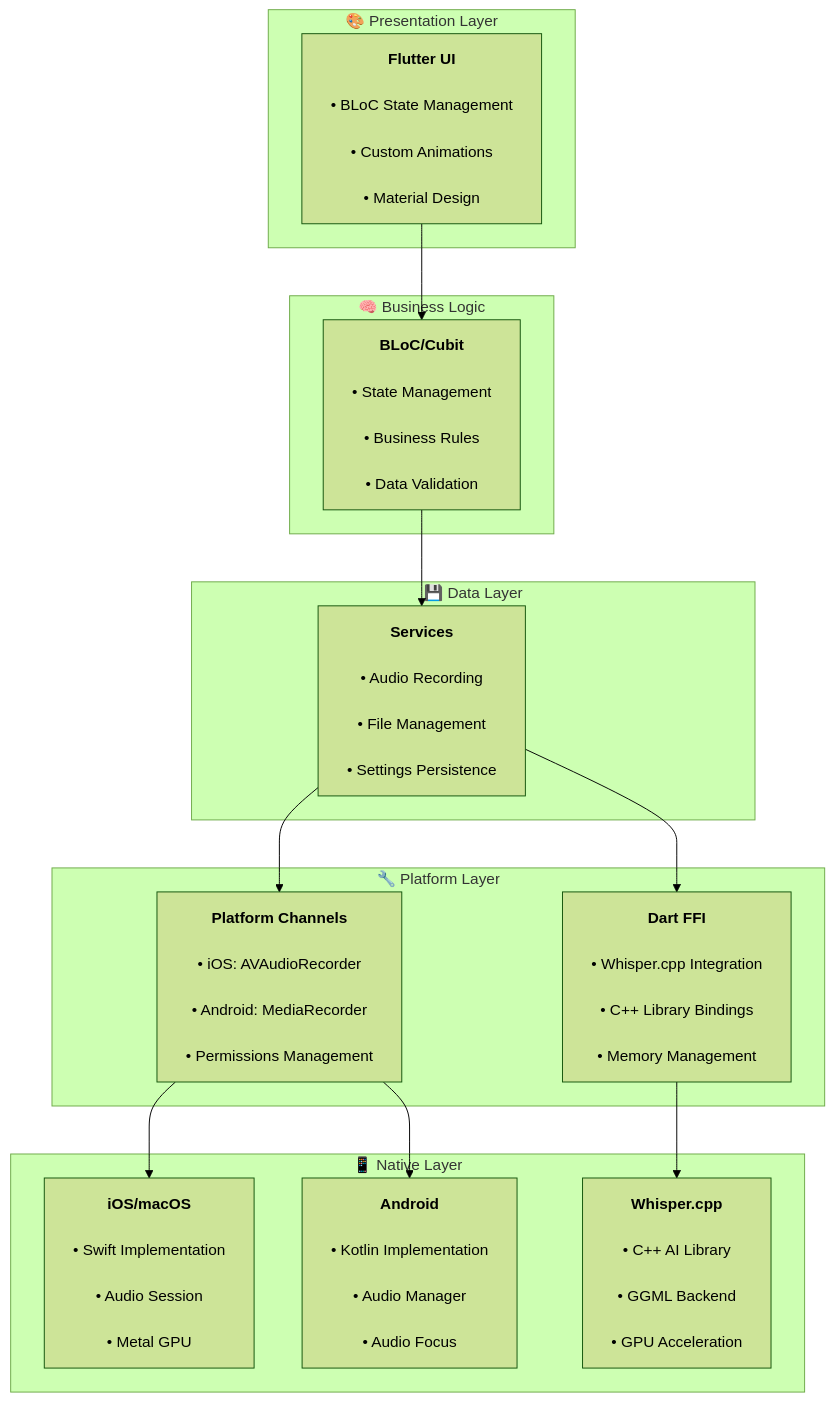
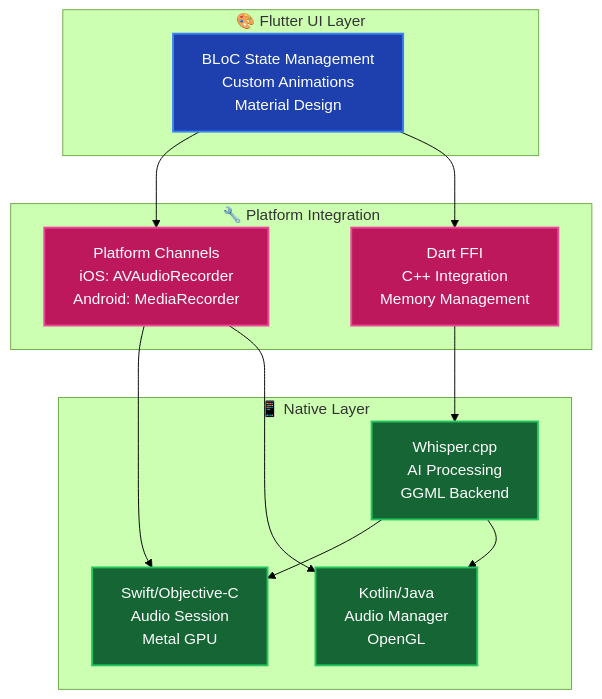
The diagram in README.md (esrakadah/flutter_voice_bridge), drawn with Mermaid (forest theme) before and after one commit. The commit also changed other lines of this file and 17 other files, not shown here.

````diff
--- a/README.md
+++ b/README.md
@@ -88,60 +61,33 @@
 ```mermaid
 graph TB
-    subgraph "🎨 Presentation Layer"
-        UI["`**Flutter UI**<br/>
-        • BLoC State Management<br/>
-        • Custom Animations<br/>
-        • Material Design`"]
+    subgraph "🎨 Flutter UI Layer"
+        UI[BLoC State Management<br/>Custom Animations<br/>Material Design]
     end
     
-    subgraph "🧠 Business Logic"
-        BLoC["`**BLoC/Cubit**<br/>
-        • State Management<br/>
-        • Business Rules<br/>
-        • Data Validation`"]
-    end
-    
-    subgraph "💾 Data Layer"
-        Services["`**Services**<br/>
-        • Audio Recording<br/>
-        • File Management<br/>
-        • Settings Persistence`"]
-    end
-    
-    subgraph "🔧 Platform Layer"
-        Channels["`**Platform Channels**<br/>
-        • iOS: AVAudioRecorder<br/>
-        • Android: MediaRecorder<br/>
-        • Permissions Management`"]
-        
-        FFI["`**Dart FFI**<br/>
-        • Whisper.cpp Integration<br/>
-        • C++ Library Bindings<br/>
-        • Memory Management`"]
+    subgraph "🔧 Platform Integration"
+        PC[Platform Channels<br/>iOS: AVAudioRecorder<br/>Android: MediaRecorder]
+        FFI[Dart FFI<br/>C++ Integration<br/>Memory Management]
     end
     
     subgraph "📱 Native Layer"
-        iOS["`**iOS/macOS**<br/>
-        • Swift Implementation<br/>
-        • Audio Session<br/>
-        • Metal GPU`"]
-        
-        Android["`**Android**<br/>
-        • Kotlin Implementation<br/>
-        • Audio Manager<br/>
-        • Audio Focus`"]
-        
-        Whisper["`**Whisper.cpp**<br/>
-        • C++ AI Library<br/>
-        • GGML Backend<br/>
-        • GPU Acceleration`"]
+        iOS[Swift/Objective-C<br/>Audio Session<br/>Metal GPU]
+        Android[Kotlin/Java<br/>Audio Manager<br/>OpenGL]
+        Whisper[Whisper.cpp<br/>AI Processing<br/>GGML Backend]
     end
     
-    UI --> BLoC
-    BLoC --> Services
-    Services --> Channels
-    Services --> FFI
-    Channels --> iOS
-    Channels --> Android
+    UI --> PC
+    UI --> FFI
+    PC --> iOS
+    PC --> Android
     FFI --> Whisper
+    Whisper --> iOS
+    Whisper --> Android
+    
+    classDef ui fill:#1e40af,stroke:#3b82f6,stroke-width:2px,color:#ffffff
+    classDef platform fill:#be185d,stroke:#ec4899,stroke-width:2px,color:#ffffff
+    classDef native fill:#166534,stroke:#22c55e,stroke-width:2px,color:#ffffff
+    
+    class UI ui
+    class PC,FFI platform
+    class iOS,Android,Whisper native
 ```
````
